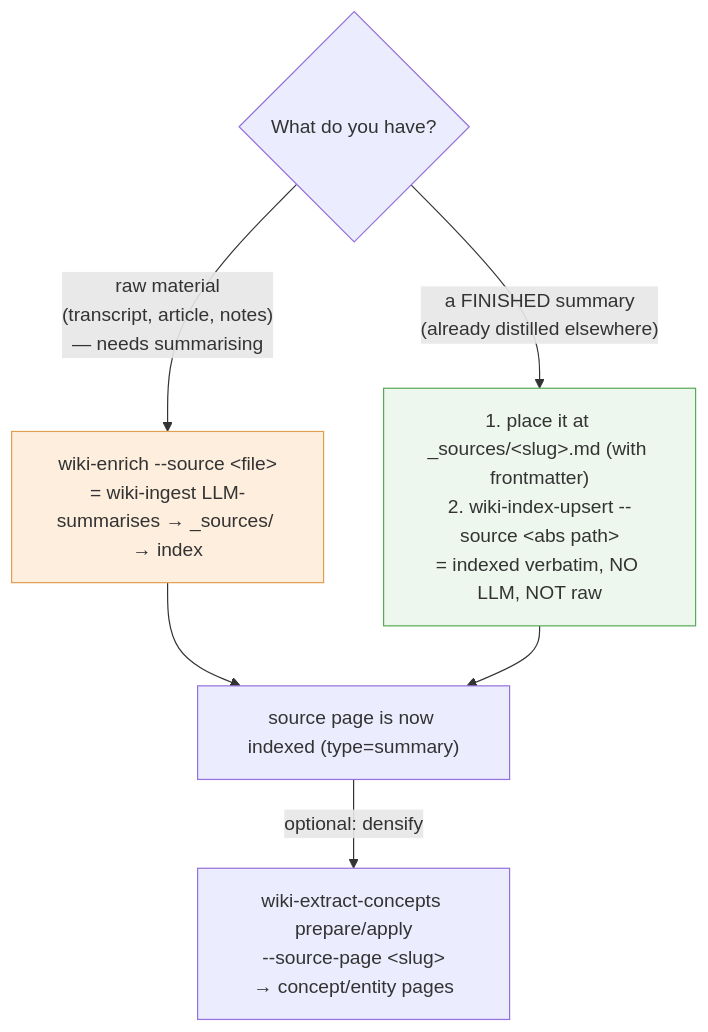
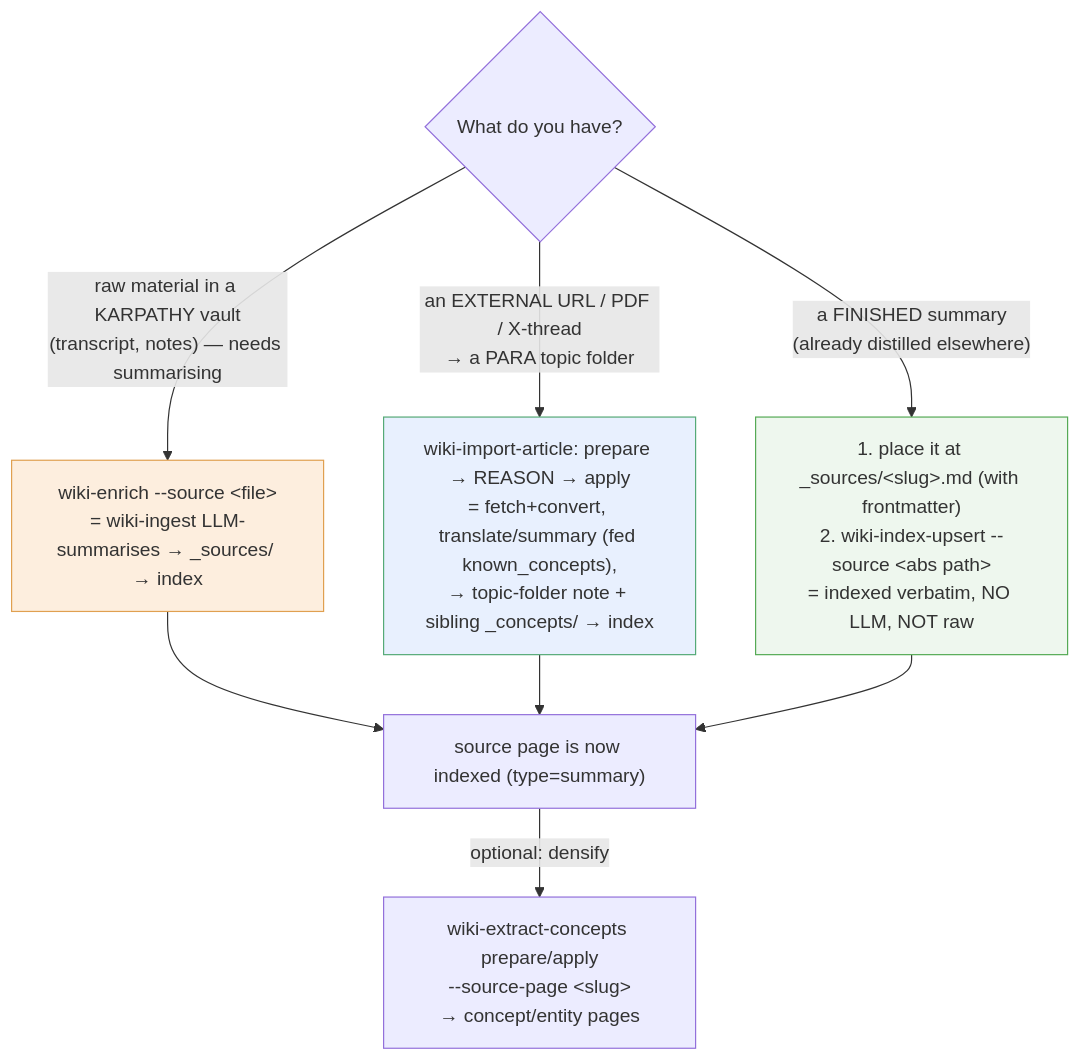
Before and after one commit to MatrixFounder/llm-wiki: the third of 8 diagrams in docs/manuals/obsidian-llm-wiki_manual.md, drawn with Mermaid. The commit also changed other lines of this file and 26 other files, not shown here.

Commit message:
TASK 038 — `wiki-import-article`: PARA construct path (the PARA analog of wiki-enrich/wiki-ingest)

````diff
--- a/docs/manuals/obsidian-llm-wiki_manual.md
+++ b/docs/manuals/obsidian-llm-wiki_manual.md
@@ -412,13 +413,17 @@
 ```mermaid
 flowchart TD
     Q{"What do you have?"}
-    Q -->|"raw material<br/>(transcript, article, notes)<br/>— needs summarising"| ENR["wiki-enrich --source &lt;file&gt;<br/>= wiki-ingest LLM-summarises → _sources/ → index"]
+    Q -->|"raw material in a KARPATHY vault<br/>(transcript, notes) — needs summarising"| ENR["wiki-enrich --source &lt;file&gt;<br/>= wiki-ingest LLM-summarises → _sources/ → index"]
+    Q -->|"an EXTERNAL URL / PDF / X-thread<br/>→ a PARA topic folder"| IMP["wiki-import-article: prepare → REASON → apply<br/>= fetch+convert, translate/summary (fed known_concepts),<br/>→ topic-folder note + sibling _concepts/ → index"]
     Q -->|"a FINISHED summary<br/>(already distilled elsewhere)"| REG["1. place it at _sources/&lt;slug&gt;.md (with frontmatter)<br/>2. wiki-index-upsert --source &lt;abs path&gt;<br/>= indexed verbatim, NO LLM, NOT raw"]
     ENR --> IDX["source page is now indexed (type=summary)"]
+    IMP --> IDX
     REG --> IDX
     IDX -->|"optional: densify"| EXT["wiki-extract-concepts prepare/apply<br/>--source-page &lt;slug&gt;<br/>→ concept/entity pages"]
     classDef raw fill:#fdeede,stroke:#e0a050;
     classDef premade fill:#eef7ee,stroke:#5a5;
+    classDef para fill:#e8f0fe,stroke:#5a7;
     class ENR raw;
     class REG premade;
+    class IMP para;
 ```
````
